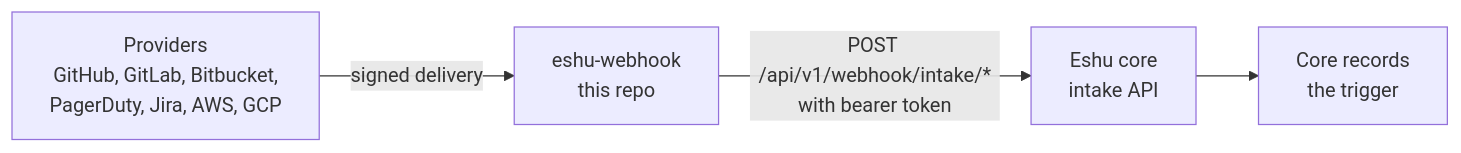
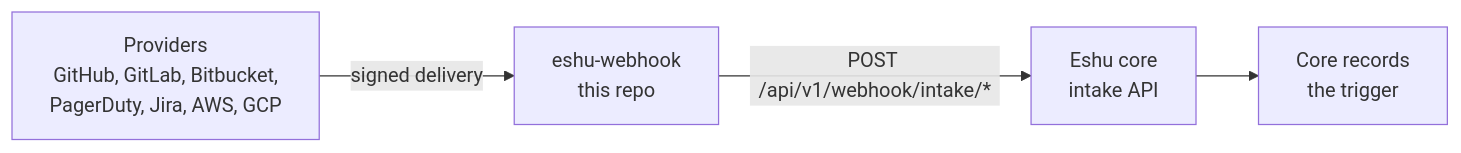
Before and after one commit to eshu-hq/eshu-webhook: the diagram in README.md, drawn with Mermaid. The commit also changed other lines of this file and 16 other files, not shown here.

````diff
--- a/README.md
+++ b/README.md
@@ -32,6 +13,6 @@
 ```mermaid
 flowchart LR
   P[Providers<br/>GitHub, GitLab, Bitbucket,<br/>PagerDuty, Jira, AWS, GCP] -->|signed delivery| W[eshu-webhook<br/>this repo]
-  W -->|POST /api/v1/webhook/intake/*<br/>with bearer token| C[Eshu core<br/>intake API]
+  W -->|POST /api/v1/webhook/intake/*| C[Eshu core<br/>intake API]
   C --> T[Core records<br/>the trigger]
 ```
````
